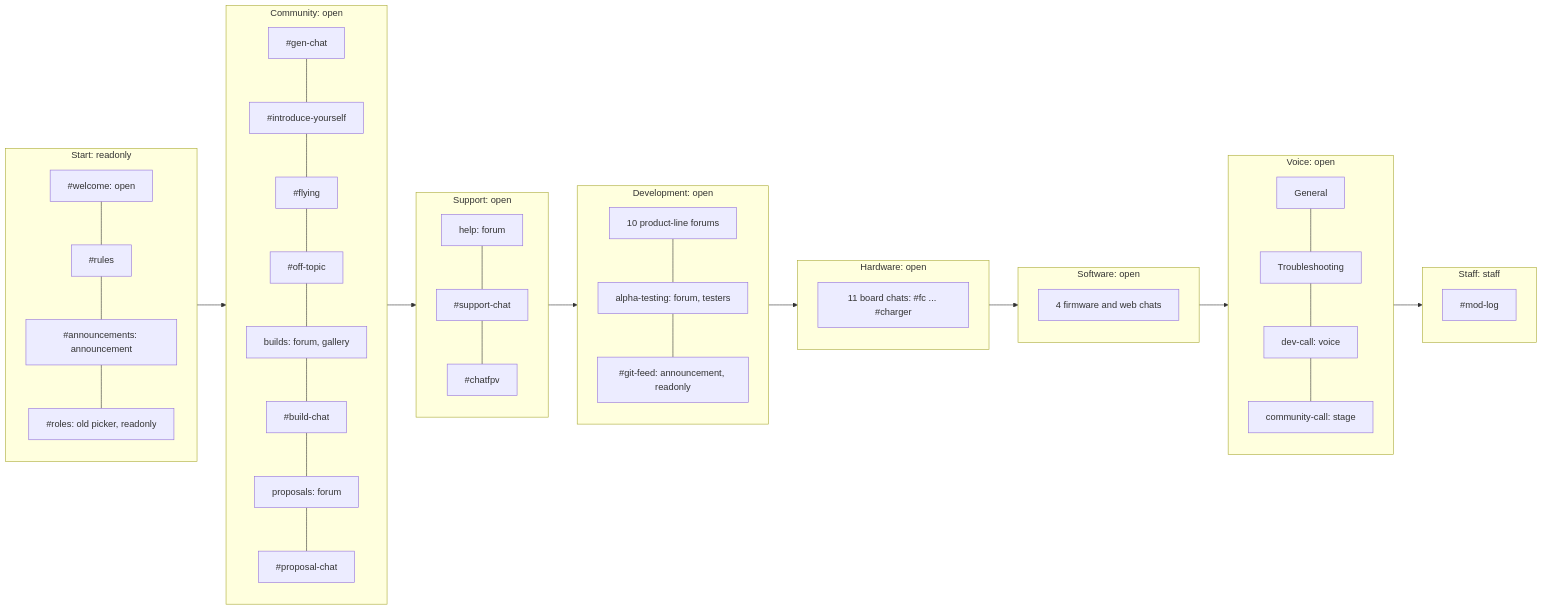
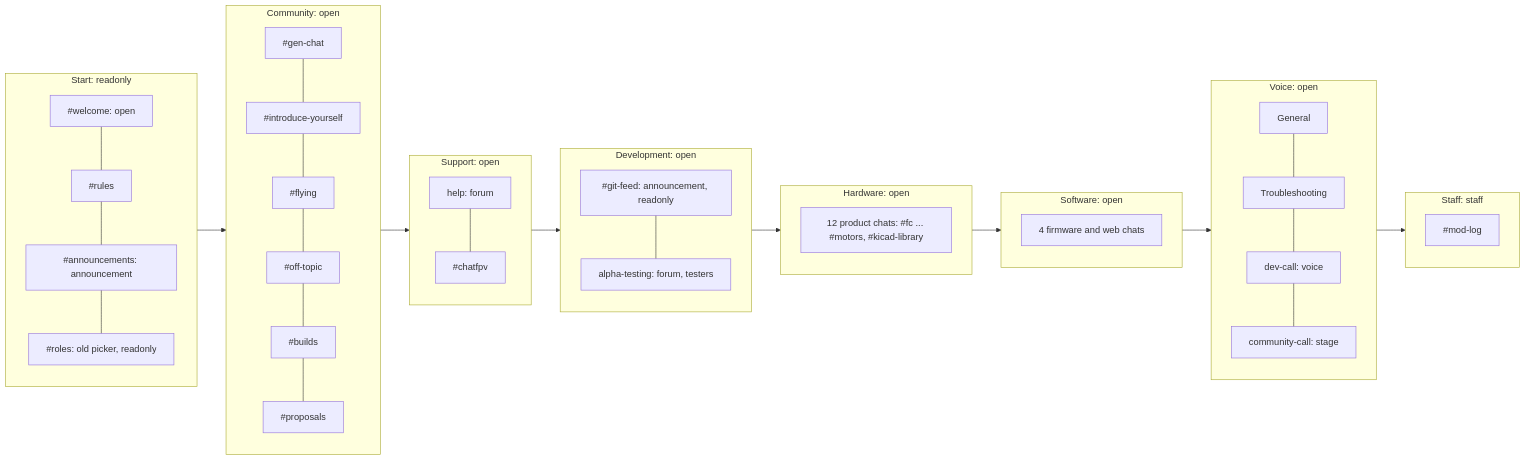
Before and after one commit to OpenDrone-hw/discord: the second of 4 diagrams in README.md, drawn with Mermaid. The commit also changed other lines of this file and 33 other files, not shown here.

````diff
--- a/README.md
+++ b/README.md
@@ -26,36 +26,36 @@
 ```mermaid
 flowchart LR
   subgraph Start["Start: readonly"]
     direction TB
     welcome["#welcome: open"] --- rules["#rules"] --- ann["#announcements: announcement"] --- roles["#roles: old picker, readonly"]
   end
   subgraph Community["Community: open"]
     direction TB
-    gen["#gen-chat"] --- intro["#introduce-yourself"] --- flying["#flying"] --- off["#off-topic"] --- builds["builds: forum, gallery"] --- bchat["#build-chat"] --- props["proposals: forum"] --- pchat["#proposal-chat"]
+    gen["#gen-chat"] --- intro["#introduce-yourself"] --- flying["#flying"] --- off["#off-topic"] --- builds["#builds"] --- props["#proposals"]
   end
   subgraph Support["Support: open"]
     direction TB
-    help["help: forum"] --- schat["#support-chat"] --- chatfpv["#chatfpv"]
+    help["help: forum"] --- chatfpv["#chatfpv"]
   end
   subgraph Development["Development: open"]
     direction TB
-    dev["10 product-line forums"] --- alpha["alpha-testing: forum, testers"] --- feed["#git-feed: announcement, readonly"]
+    feed["#git-feed: announcement, readonly"] --- alpha["alpha-testing: forum, testers"]
   end
   subgraph Hardware["Hardware: open"]
     direction TB
-    hw["11 board chats: #fc ... #charger"]
+    hw["12 product chats: #fc ... #motors, #kicad-library"]
   end
   subgraph Software["Software: open"]
     direction TB
     sw["4 firmware and web chats"]
   end
   subgraph Voice["Voice: open"]
     direction TB
     gv["General"] --- tv["Troubleshooting"] --- dc["dev-call: voice"] --- cc["community-call: stage"]
   end
   subgraph Staff["Staff: staff"]
     direction TB
     modlog["#mod-log"]
   end
   Start --> Community --> Support --> Development --> Hardware --> Software --> Voice --> Staff
 ```
````
